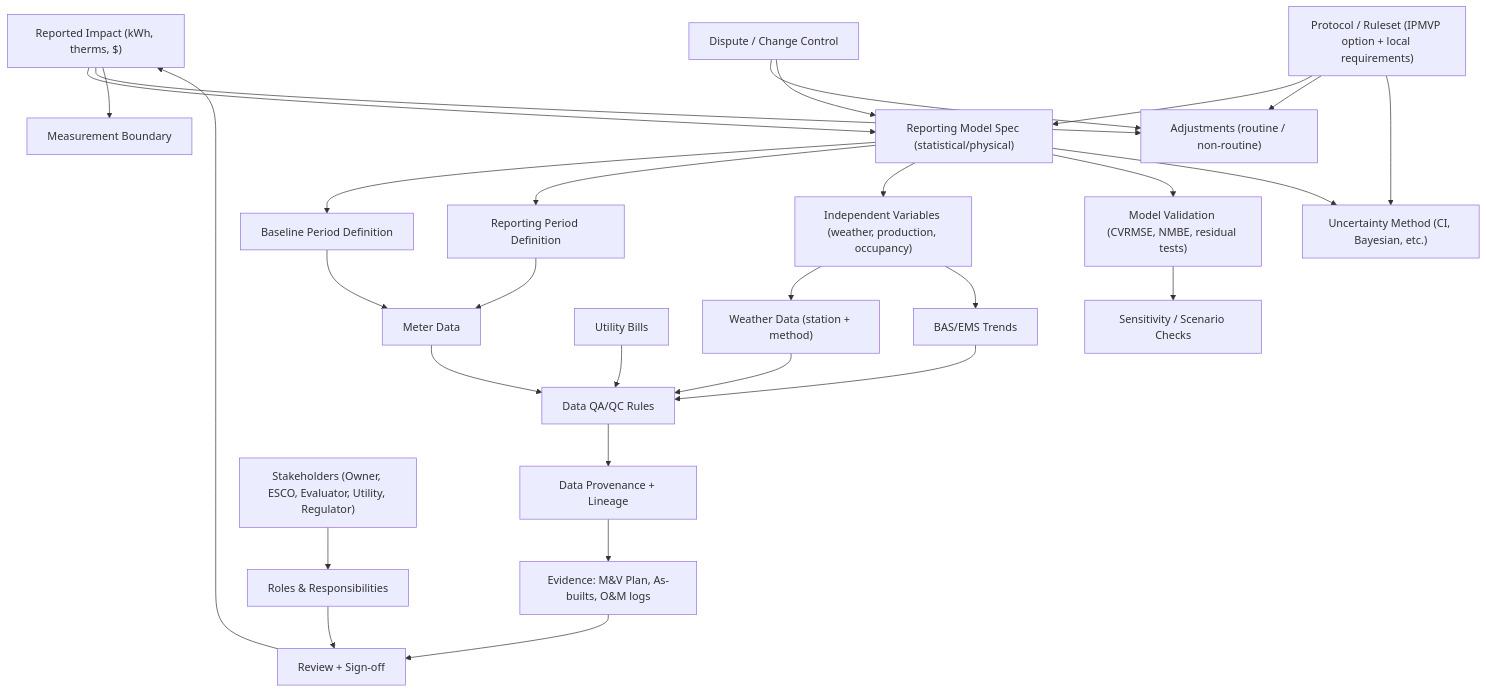
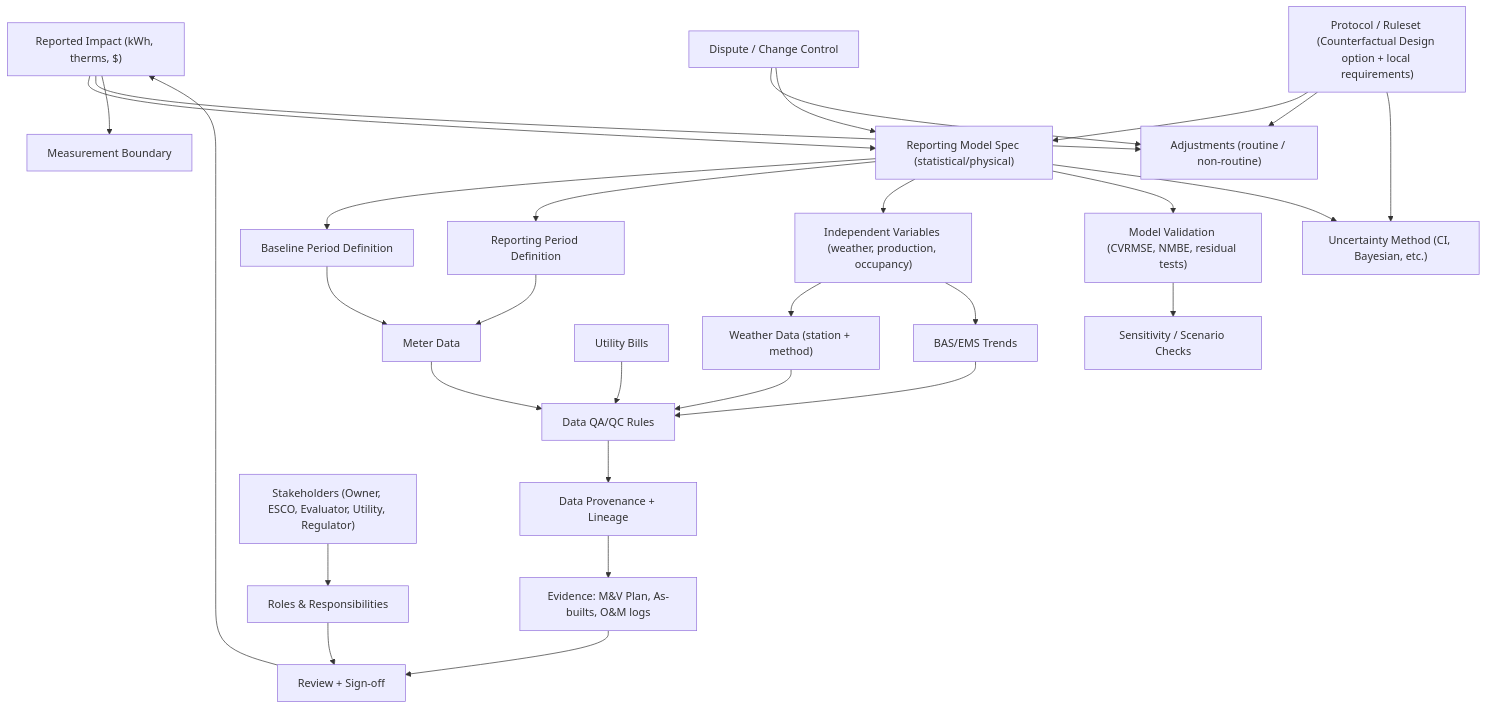
The diagram in graph/mv_context_graph.mmd (jskromer/MnV_context_graph), drawn with Mermaid before and after one commit.

Commit message:
Update protocol description in mv_context_graph.mmd

```diff
--- a/graph/mv_context_graph.mmd
+++ b/graph/mv_context_graph.mmd
@@ -1,67 +1,67 @@
 graph TD
 
 %% === Outcome ===
 Impact["Reported Impact (kWh, therms, $)"]
 
 %% === Counterfactual core ===
 Baseline["Baseline Period Definition"]
 Reporting["Reporting Period Definition"]
 Boundary["Measurement Boundary"]
 Model["Reporting Model Spec (statistical/physical)"]
 Adj["Adjustments (routine / non-routine)"]
 Vars["Independent Variables (weather, production, occupancy)"]
 
 %% === Data & evidence ===
 Meters["Meter Data"]
 BAS["BAS/EMS Trends"]
 Invoices["Utility Bills"]
 Weather["Weather Data (station + method)"]
 QAQC["Data QA/QC Rules"]
 Provenance["Data Provenance + Lineage"]
 Docs["Evidence: M&V Plan, As-builts, O&M logs"]
 
 %% === Uncertainty & validation ===
 Unc["Uncertainty Method (CI, Bayesian, etc.)"]
 Valid["Model Validation (CVRMSE, NMBE, residual tests)"]
 Sens["Sensitivity / Scenario Checks"]
 
 %% === Governance ===
 Stake["Stakeholders (Owner, ESCO, Evaluator, Utility, Regulator)"]
-Protocol["Protocol / Ruleset (IPMVP option + local requirements)"]
+Protocol["Protocol / Ruleset (Counterfactual Design option + local requirements)"]
 Roles["Roles & Responsibilities"]
 Signoff["Review + Sign-off"]
 Dispute["Dispute / Change Control"]
 
 %% === Relationships ===
 Impact --> Model
 Impact --> Adj
 Impact --> Boundary
 Model --> Baseline
 Model --> Reporting
 Model --> Vars
 Model --> Valid
 Model --> Unc
 Valid --> Sens
 
 Baseline --> Meters
 Reporting --> Meters
 Vars --> Weather
 Vars --> BAS
 
 Meters --> QAQC
 BAS --> QAQC
 Invoices --> QAQC
 Weather --> QAQC
 
 QAQC --> Provenance
 Provenance --> Docs
 
 Protocol --> Model
 Protocol --> Adj
 Protocol --> Unc
 Stake --> Roles
 Roles --> Signoff
 Signoff --> Impact
 Dispute --> Adj
 Dispute --> Model
 Docs --> Signoff
```
